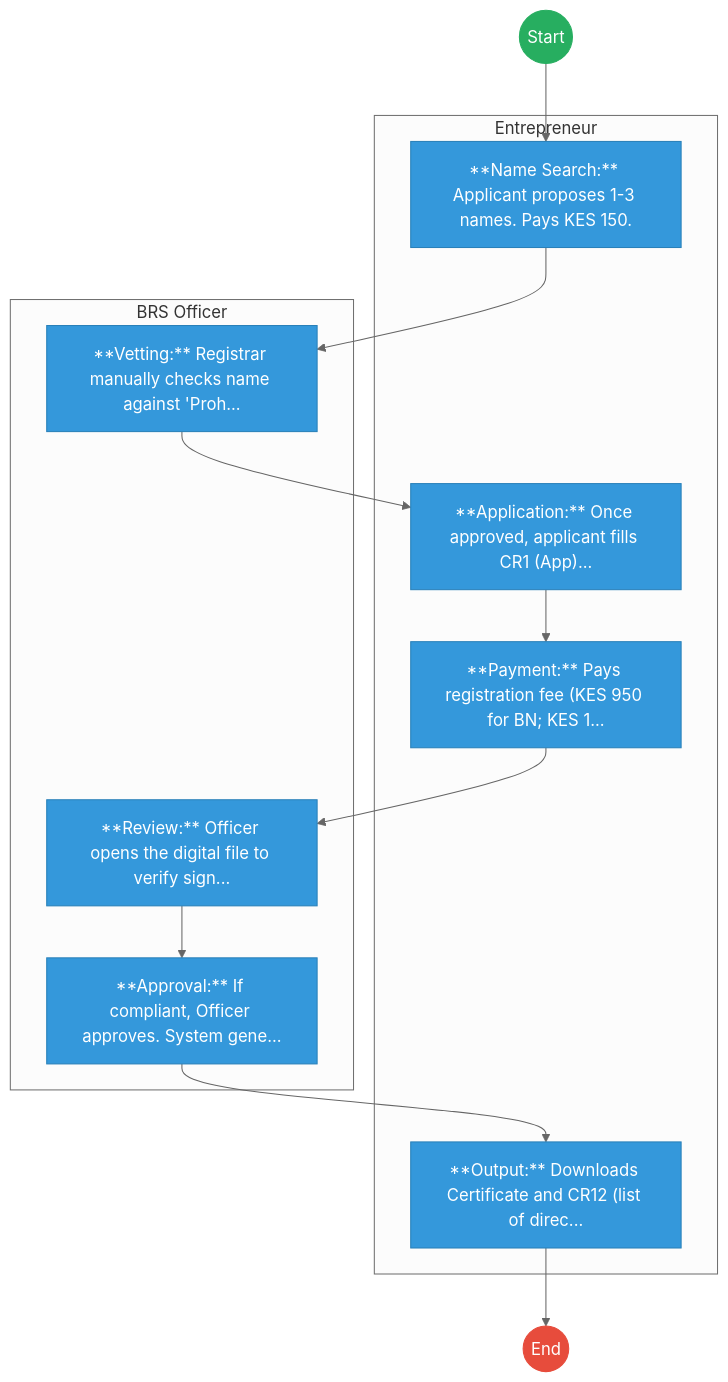
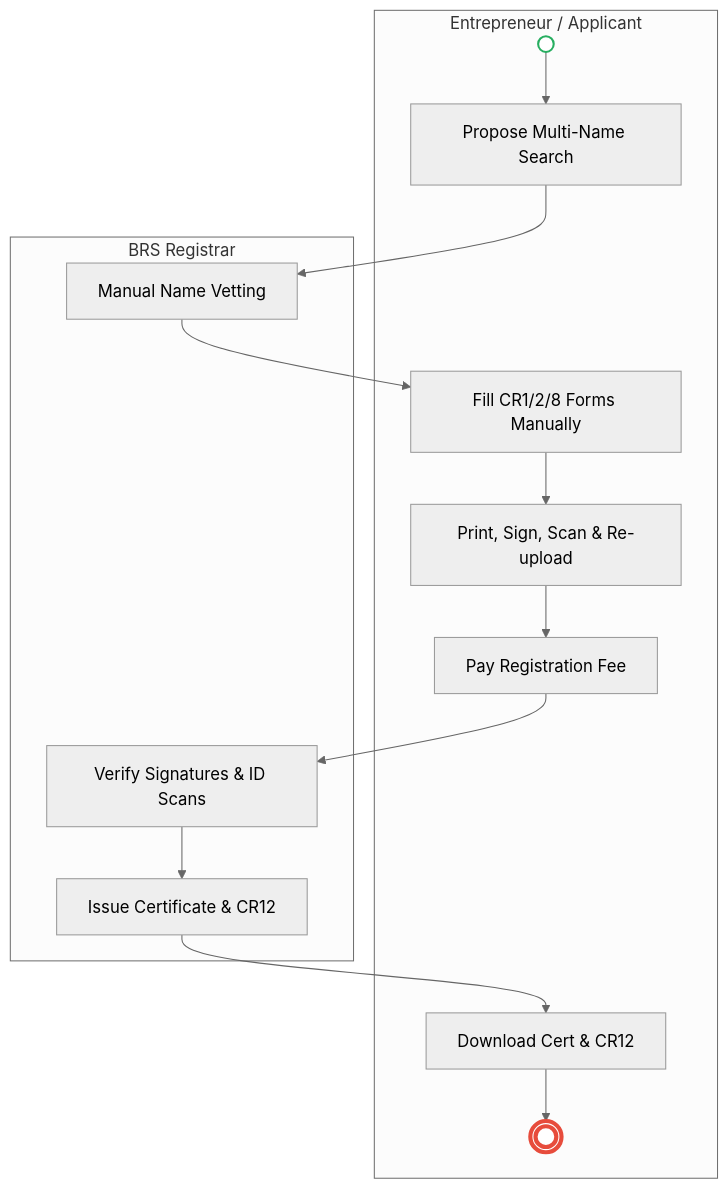
One commit to BITZ-IT-Consulting-LTD/ictapoc changed the first of 2 diagrams in mdas/docs_final/Business_Registration_Service___Service_Delivery.md. Above: the diagram before and after it, drawn with Mermaid (neutral theme). The commit also changed other lines of this file and 13 other files, not shown here.

````diff
--- a/mdas/docs_final/Business_Registration_Service___Service_Delivery.md
+++ b/mdas/docs_final/Business_Registration_Service___Service_Delivery.md
@@ -20,33 +18,21 @@
 ```mermaid
-graph TD
-    Start((Start)) --> S1
-
-    subgraph Entrepreneur [Entrepreneur]
-        S1["**Name Search:** Applicant proposes 1-3 names. Pays KES 150."]
-        S3["**Application:** Once approved, applicant fills CR1 (App)..."]
-        S4["**Payment:** Pays registration fee (KES 950 for BN; KES 1..."]
-        S7["**Output:** Downloads Certificate and CR12 (list of direc..."]
+flowchart TD
+    subgraph Entrepreneur["Entrepreneur / Applicant"]
+        Start(( )) --> A1[Propose Multi-Name Search]
+        A3[Fill CR1/2/8 Forms Manually] --> A4[Print, Sign, Scan & Re-upload]
+        A4 --> A5[Pay Registration Fee]
+        A7[Download Cert & CR12] --> End((( )))
     end
 
-    subgraph BRS_Officer [BRS Officer]
-        S2["**Vetting:** Registrar manually checks name against 'Proh..."]
-        S5["**Review:** Officer opens the digital file to verify sign..."]
-        S6["**Approval:** If compliant, Officer approves. System gene..."]
+    subgraph BRS["BRS Registrar"]
+        A1 --> B1[Manual Name Vetting]
+        B1 --> A3
+        A5 --> B2[Verify Signatures & ID Scans]
+        B2 --> B3[Issue Certificate & CR12]
     end
-    S1 --> S2
-    S2 --> S3
-    S3 --> S4
-    S4 --> S5
-    S5 --> S6
-    S6 --> S7
-    S7 --> End((End))
 
-    classDef start fill:#27ae60,stroke:#27ae60,color:#fff;
-    classDef endNode fill:#e74c3c,stroke:#e74c3c,color:#fff;
-    classDef userTask fill:#3498db,stroke:#2980b9,color:#fff;
-    classDef serviceTask fill:#9b59b6,stroke:#8e44ad,color:#fff;
+    B3 --> A7
 
-    class Start start;
-    class End endNode;
-    class S1,S2,S3,S4,S5,S6,S7 userTask;
+    style Start fill:#fff,stroke:#27ae60,stroke-width:2px
+    style End fill:#fff,stroke:#e74c3c,stroke-width:4px
 ```
````
